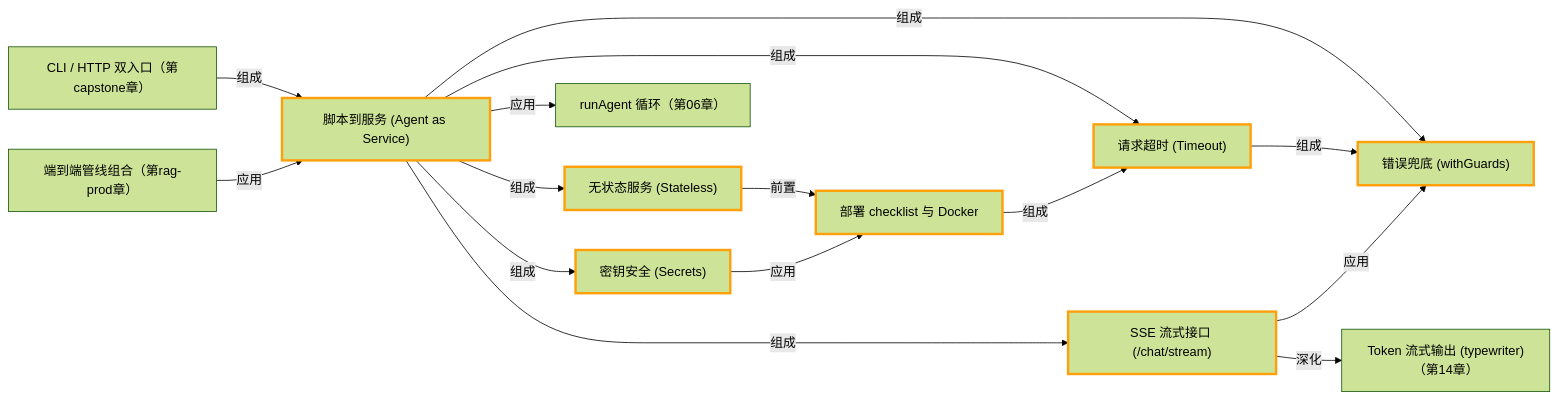
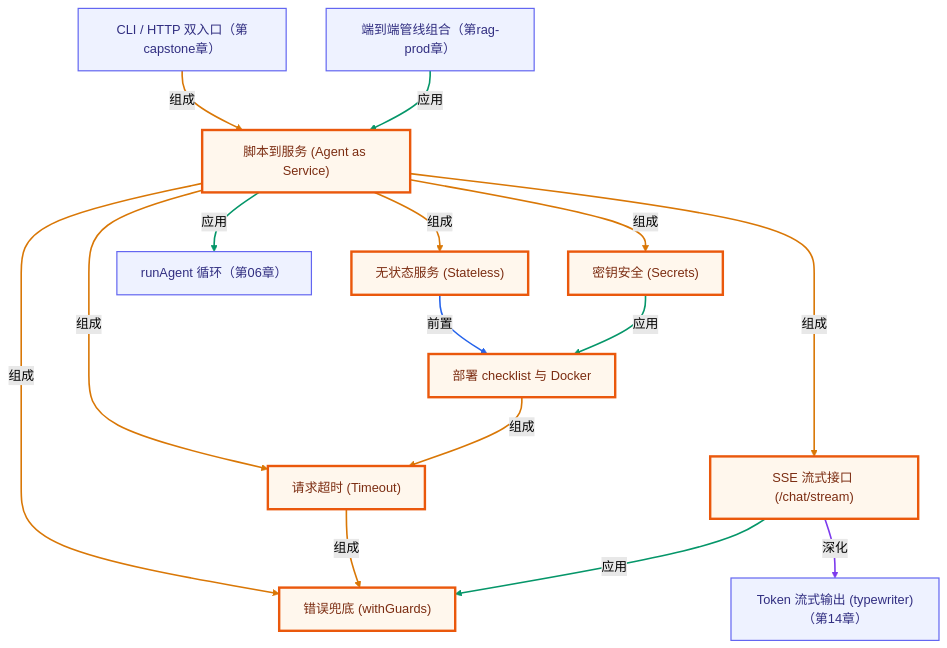
One commit to songuu/agent changed the second of 2 diagrams in lessons/18-deployment/README.md. Above: the diagram before and after it, drawn with Mermaid (forest theme). The commit also changed other lines of this file and 72 other files, not shown here.

````diff
--- a/lessons/18-deployment/README.md
+++ b/lessons/18-deployment/README.md
@@ -384,35 +386,46 @@
 ```mermaid
-graph LR
+graph TB
+  classDef own fill:#fff7ed,stroke:#ea580c,stroke-width:3px,color:#7c2d12;
+  classDef cross fill:#eef2ff,stroke:#6366f1,stroke-width:1.5px,color:#312e81;
   n_c18_agent_as_service["脚本到服务 (Agent as Service)"]
   n_c18_stateless["无状态服务 (Stateless)"]
   n_c18_request_timeout["请求超时 (Timeout)"]
   n_c18_error_fallback["错误兜底 (withGuards)"]
   n_c18_secret_safety["密钥安全 (Secrets)"]
   n_c18_sse_streaming["SSE 流式接口 (/chat/stream)"]
   n_c18_deploy_checklist["部署 checklist 与 Docker"]
   n_c14_token_streaming["Token 流式输出 (typewriter)（第14章）"]
   n_c06_run_agent_loop["runAgent 循环（第06章）"]
   n_ccapstone_dual_entrypoint["CLI / HTTP 双入口（第capstone章）"]
   n_cragprod_pipeline_compose["端到端管线组合（第rag-prod章）"]
   n_c18_agent_as_service -->|组成| n_c18_stateless
   n_c18_agent_as_service -->|组成| n_c18_request_timeout
   n_c18_agent_as_service -->|组成| n_c18_error_fallback
   n_c18_agent_as_service -->|组成| n_c18_secret_safety
   n_c18_agent_as_service -->|组成| n_c18_sse_streaming
   n_c18_stateless -->|前置| n_c18_deploy_checklist
   n_c18_request_timeout -->|组成| n_c18_error_fallback
   n_c18_sse_streaming -->|应用| n_c18_error_fallback
   n_c18_secret_safety -->|应用| n_c18_deploy_checklist
   n_c18_deploy_checklist -->|组成| n_c18_request_timeout
   n_c18_sse_streaming -->|深化| n_c14_token_streaming
   n_c18_agent_as_service -->|应用| n_c06_run_agent_loop
   n_ccapstone_dual_entrypoint -->|组成| n_c18_agent_as_service
   n_cragprod_pipeline_compose -->|应用| n_c18_agent_as_service
-  style n_c18_agent_as_service stroke:#ff9f0a,stroke-width:3px
-  style n_c18_stateless stroke:#ff9f0a,stroke-width:3px
-  style n_c18_request_timeout stroke:#ff9f0a,stroke-width:3px
-  style n_c18_error_fallback stroke:#ff9f0a,stroke-width:3px
-  style n_c18_secret_safety stroke:#ff9f0a,stroke-width:3px
-  style n_c18_sse_streaming stroke:#ff9f0a,stroke-width:3px
-  style n_c18_deploy_checklist stroke:#ff9f0a,stroke-width:3px
+  class n_c18_agent_as_service,n_c18_stateless,n_c18_request_timeout,n_c18_error_fallback,n_c18_secret_safety,n_c18_sse_streaming,n_c18_deploy_checklist own;
+  class n_c14_token_streaming,n_c06_run_agent_loop,n_ccapstone_dual_entrypoint,n_cragprod_pipeline_compose cross;
+  linkStyle 0 stroke:#d97706,stroke-width:2px;
+  linkStyle 1 stroke:#d97706,stroke-width:2px;
+  linkStyle 2 stroke:#d97706,stroke-width:2px;
+  linkStyle 3 stroke:#d97706,stroke-width:2px;
+  linkStyle 4 stroke:#d97706,stroke-width:2px;
+  linkStyle 5 stroke:#2563eb,stroke-width:2px;
+  linkStyle 6 stroke:#d97706,stroke-width:2px;
+  linkStyle 7 stroke:#059669,stroke-width:2px;
+  linkStyle 8 stroke:#059669,stroke-width:2px;
+  linkStyle 9 stroke:#d97706,stroke-width:2px;
+  linkStyle 10 stroke:#7c3aed,stroke-width:2px;
+  linkStyle 11 stroke:#059669,stroke-width:2px;
+  linkStyle 12 stroke:#d97706,stroke-width:2px;
+  linkStyle 13 stroke:#059669,stroke-width:2px;
 ```
````
